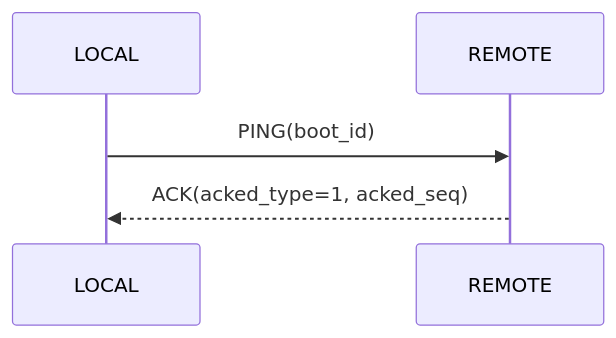
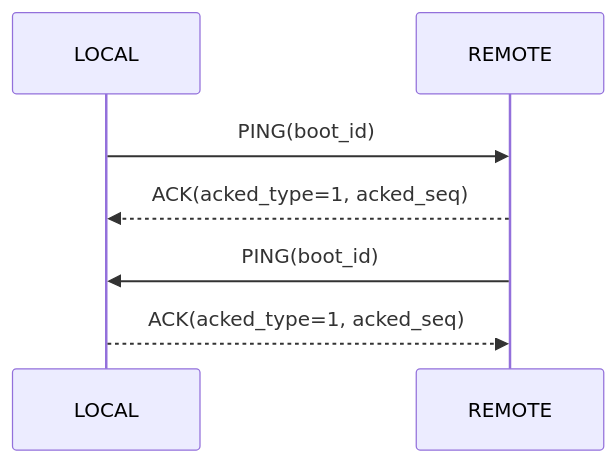
One commit to Warpguru/LoRaIoT changed the seventh of 9 diagrams in doc/LoRaProtocol.md. Above: the diagram before and after it, drawn with Mermaid. The commit also changed other lines of this file and 36 other files, not shown here.

````diff
--- a/doc/LoRaProtocol.md
+++ b/doc/LoRaProtocol.md
@@ -593,7 +595,9 @@
 ```mermaid
 sequenceDiagram
     participant L as LOCAL
     participant R as REMOTE
     L->>R: PING(boot_id)
     R-->>L: ACK(acked_type=1, acked_seq)
+    R->>L: PING(boot_id)
+    L-->>R: ACK(acked_type=1, acked_seq)
 ```
````
